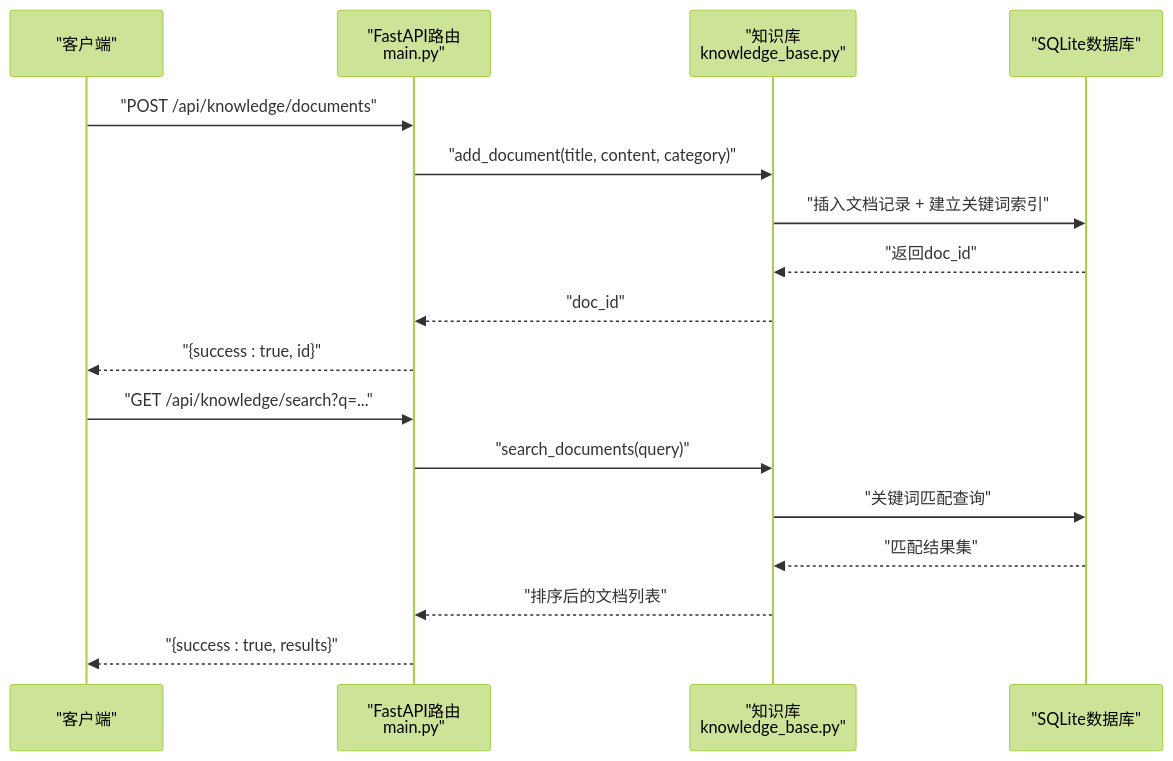
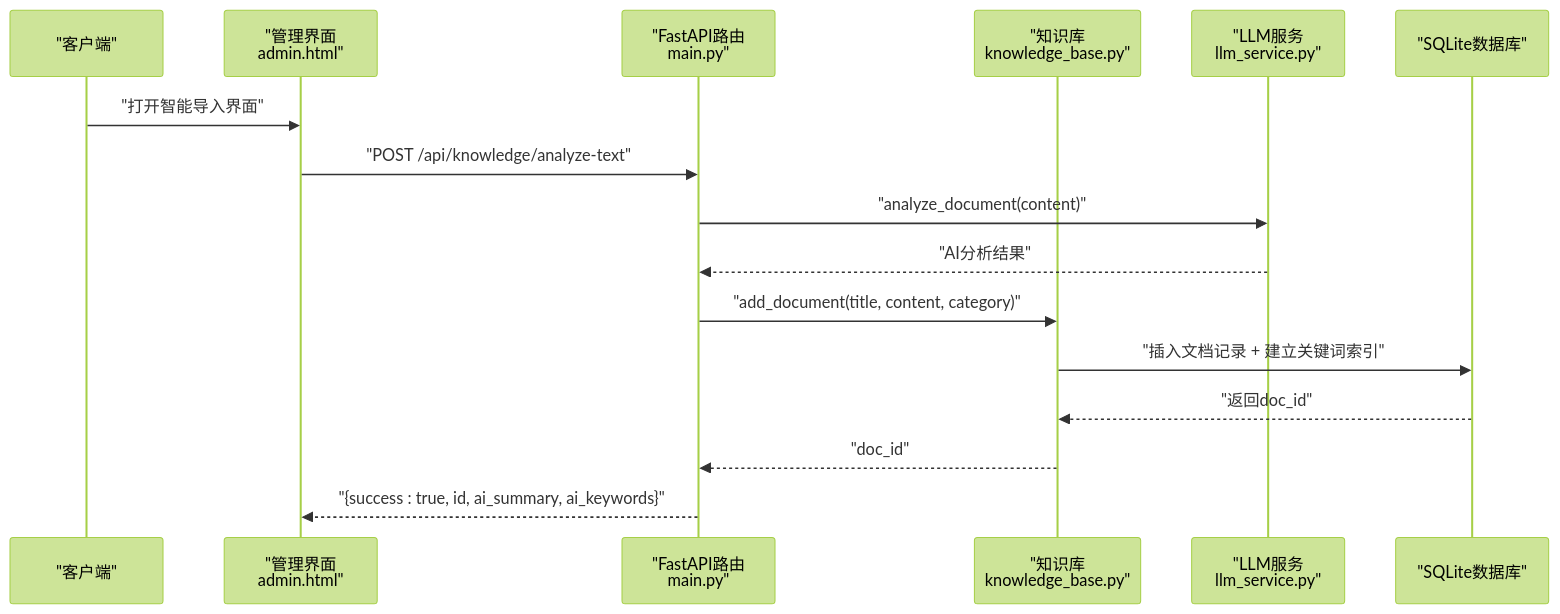
The second of 12 diagrams in .qoder/repowiki/zh/content/核心模块/知识库模块.md (2950730liao-hub/whatsapp-reply), drawn with Mermaid (forest theme) before and after one commit. The commit also changed other lines of this file and 10 other files, not shown here.

````diff
--- a/.qoder/repowiki/zh/content/核心模块/知识库模块.md
+++ b/.qoder/repowiki/zh/content/核心模块/知识库模块.md
@@ -80,19 +98,18 @@
 ```mermaid
 sequenceDiagram
 participant Client as "客户端"
+participant AdminUI as "管理界面<br/>admin.html"
 participant API as "FastAPI路由<br/>main.py"
 participant KB as "知识库<br/>knowledge_base.py"
+participant LLM as "LLM服务<br/>llm_service.py"
 participant DB as "SQLite数据库"
-Client->>API : "POST /api/knowledge/documents"
+Client->>AdminUI : "打开智能导入界面"
+AdminUI->>API : "POST /api/knowledge/analyze-text"
+API->>LLM : "analyze_document(content)"
+LLM-->>API : "AI分析结果"
 API->>KB : "add_document(title, content, category)"
 KB->>DB : "插入文档记录 + 建立关键词索引"
 DB-->>KB : "返回doc_id"
 KB-->>API : "doc_id"
-API-->>Client : "{success : true, id}"
-Client->>API : "GET /api/knowledge/search?q=..."
-API->>KB : "search_documents(query)"
-KB->>DB : "关键词匹配查询"
-DB-->>KB : "匹配结果集"
-KB-->>API : "排序后的文档列表"
-API-->>Client : "{success : true, results}"
+API-->>AdminUI : "{success : true, id, ai_summary, ai_keywords}"
 ```
````
